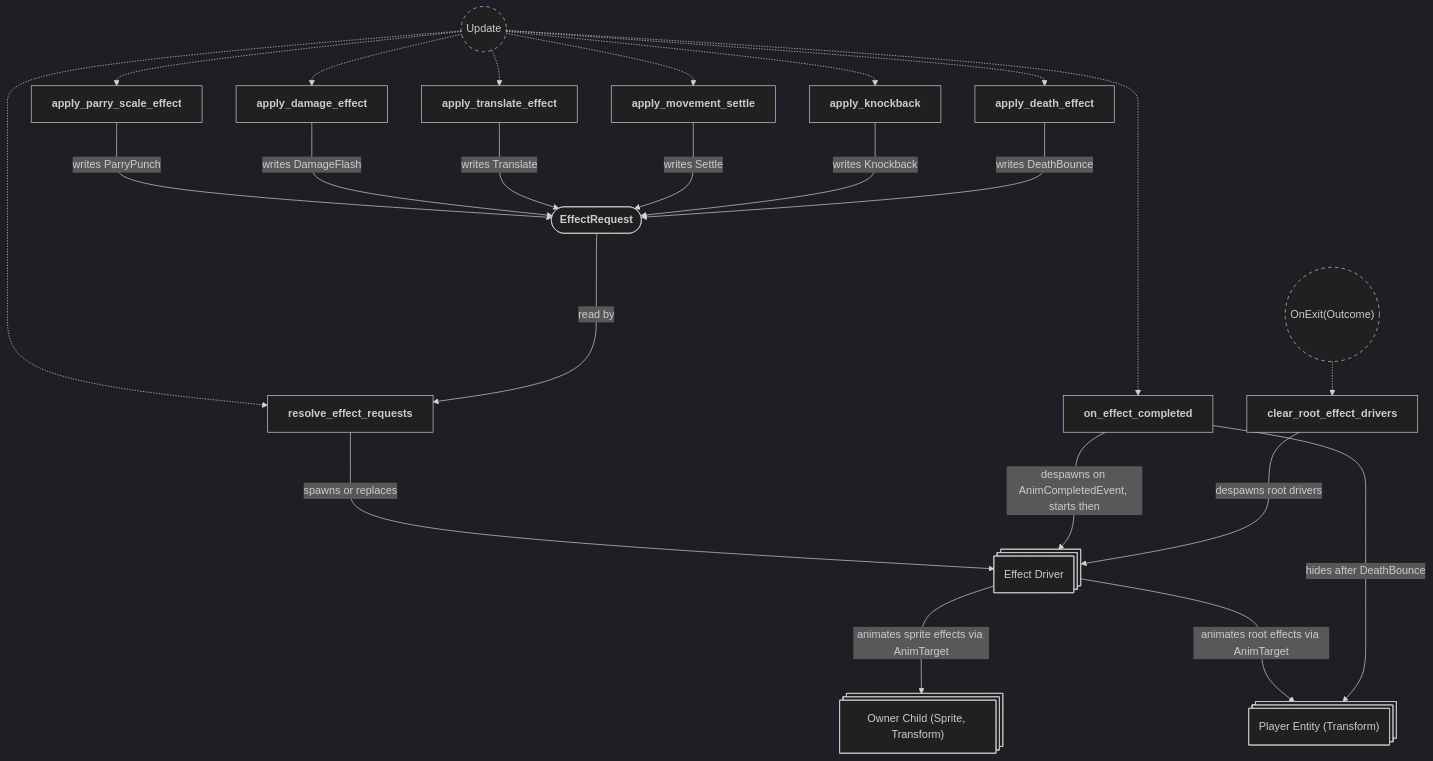
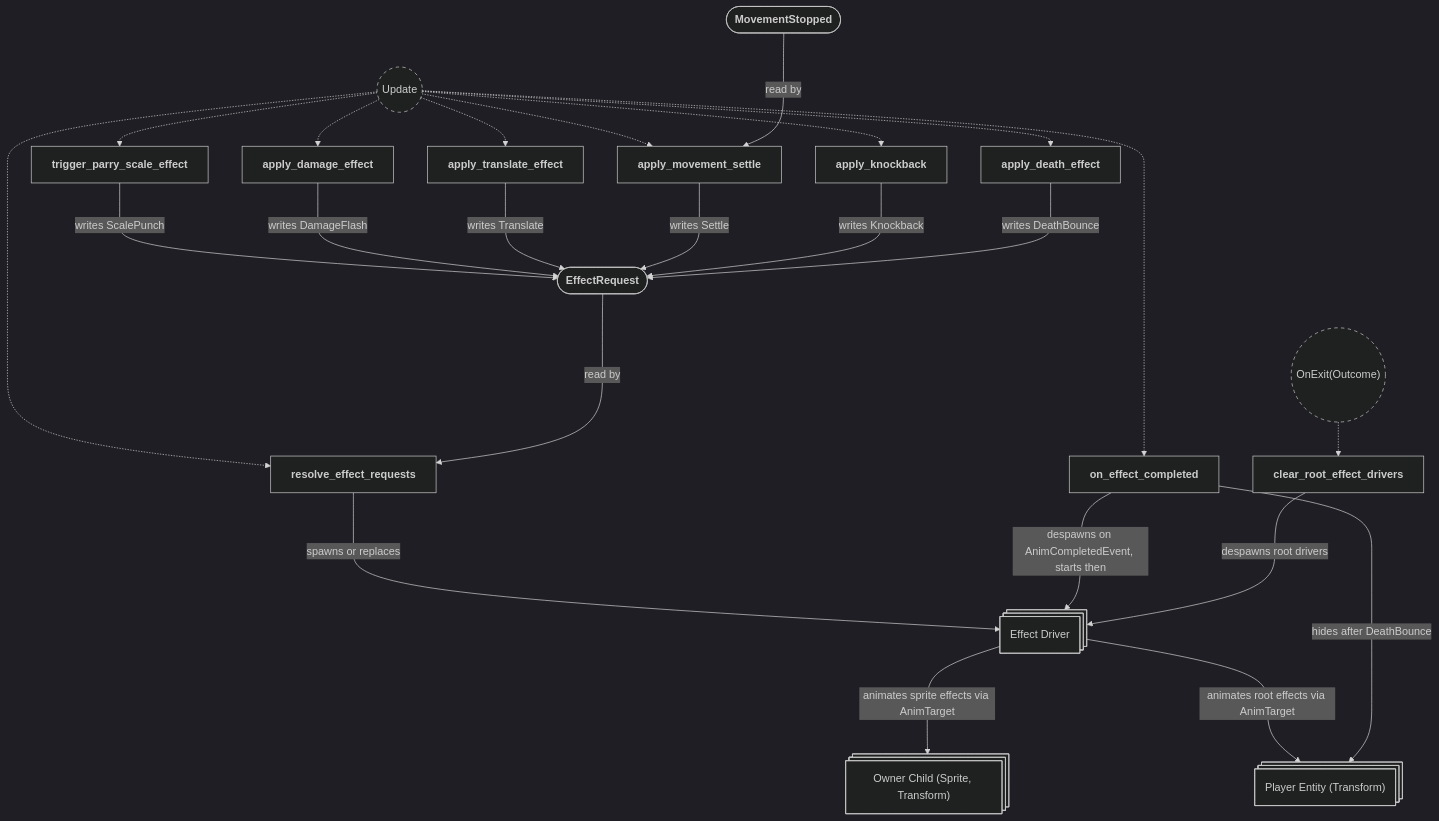
One commit to neurosoup/tyled changed diagram 24 of 24 in backlog/docs/doc-10 - 008-Effects-plugin.md. Above: the diagram before and after it, drawn with Mermaid. The commit also changed other lines of this file and 9 other files, not shown here.

````diff
--- a/backlog/docs/doc-10 - 008-Effects-plugin.md
+++ b/backlog/docs/doc-10 - 008-Effects-plugin.md
@@ -1108,51 +1066,53 @@
 ```mermaid
 ---
 config:
   theme: dark
 ---
 
 flowchart TD
 classDef system-group stroke-dasharray: 5 5
 
 update(("`Update`")):::system-group
 exit_outcome(("`OnExit(Outcome)`")):::system-group
 
-apply_parry_scale_effect["`**apply_parry_scale_effect**`"]
+trigger_parry_scale_effect["`**trigger_parry_scale_effect**`"]
 apply_damage_effect["`**apply_damage_effect**`"]
 apply_translate_effect["`**apply_translate_effect**`"]
 apply_movement_settle["`**apply_movement_settle**`"]
 apply_knockback["`**apply_knockback**`"]
 apply_death_effect["`**apply_death_effect**`"]
 on_effect_completed["`**on_effect_completed**`"]
 resolve_effect_requests["`**resolve_effect_requests**`"]
 clear_root_effect_drivers["`**clear_root_effect_drivers**`"]
 
-update -.-> apply_parry_scale_effect
+update -.-> trigger_parry_scale_effect
 update -.-> apply_damage_effect
 update -.-> apply_translate_effect
 update -.-> apply_movement_settle
 update -.-> apply_knockback
 update -.-> apply_death_effect
 update -.-> on_effect_completed
 update -.-> resolve_effect_requests
 exit_outcome -.-> clear_root_effect_drivers
 
 effect_request(["`**EffectRequest**`"])
 driver_entity@{ shape: st-rect, label: "Effect Driver" }
 sprite_entity@{ shape: st-rect, label: "Owner Child (Sprite, Transform)" }
 player_entity@{ shape: st-rect, label: "Player Entity (Transform)" }
 
-apply_parry_scale_effect ---> |writes ParryPunch| effect_request
+trigger_parry_scale_effect ---> |writes ScalePunch| effect_request
 apply_damage_effect ---> |writes DamageFlash| effect_request
 apply_translate_effect ---> |writes Translate| effect_request
+movement_stopped_message(["`**MovementStopped**`"])
+movement_stopped_message ---> |read by| apply_movement_settle
 apply_movement_settle ---> |writes Settle| effect_request
 apply_knockback ---> |writes Knockback| effect_request
 apply_death_effect ---> |writes DeathBounce| effect_request
 effect_request ---> |read by| resolve_effect_requests
 resolve_effect_requests ---> |spawns or replaces| driver_entity
 driver_entity ---> |animates sprite effects via AnimTarget| sprite_entity
 driver_entity ---> |animates root effects via AnimTarget| player_entity
 on_effect_completed ---> |despawns on AnimCompletedEvent, starts then| driver_entity
 on_effect_completed ---> |hides after DeathBounce| player_entity
 clear_root_effect_drivers ---> |despawns root drivers| driver_entity
 ```
````
